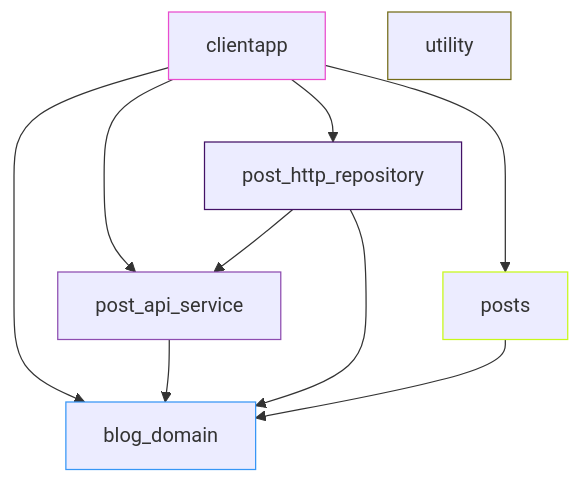
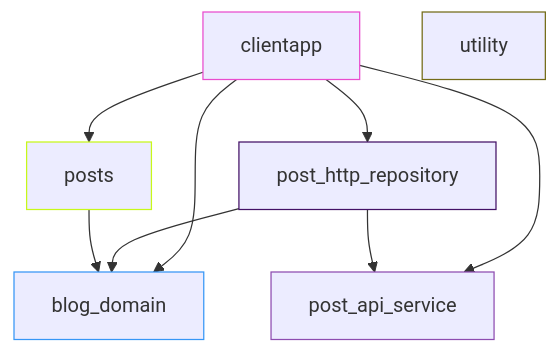
One commit to nikkijuk/flutterhttpclient changed the diagram in README.md. Above: the diagram before and after it, drawn with Mermaid. The commit also changed other lines of this file and 1 other file, not shown here.

Commit message:
updated mermaid diagram

````diff
--- a/README.md
+++ b/README.md
@@ -236,23 +239,22 @@
 ```mermaid
 graph TD
-  blog_domain["blog_domain"]
-  style blog_domain stroke:#3696f6
-  clientapp["clientapp"]
-  style clientapp stroke:#e94cce
-  post_api_service["post_api_service"]
-  style post_api_service stroke:#8d4cb0
-  post_http_repository["post_http_repository"]
-  style post_http_repository stroke:#431166
-  posts["posts"]
-  style posts stroke:#c7f81a
-  utility["utility"]
-  style utility stroke:#736b17
-  clientapp --> blog_domain
-  clientapp --> post_api_service
-  clientapp --> post_http_repository
-  clientapp --> posts
-  post_api_service --> blog_domain
-  post_http_repository --> blog_domain
-  post_http_repository --> post_api_service
-  posts --> blog_domain
+    blog_domain["blog_domain"]
+    style blog_domain stroke:#3696f6
+    clientapp["clientapp"]
+    style clientapp stroke:#e94cce
+    post_api_service["post_api_service"]
+    style post_api_service stroke:#8d4cb0
+    post_http_repository["post_http_repository"]
+    style post_http_repository stroke:#431166
+    posts["posts"]
+    style posts stroke:#c7f81a
+    utility["utility"]
+    style utility stroke:#736b17
+    clientapp --> blog_domain
+    clientapp --> post_api_service
+    clientapp --> post_http_repository
+    clientapp --> posts
+    post_http_repository --> blog_domain
+    post_http_repository --> post_api_service
+    posts --> blog_domain
 ```
````
